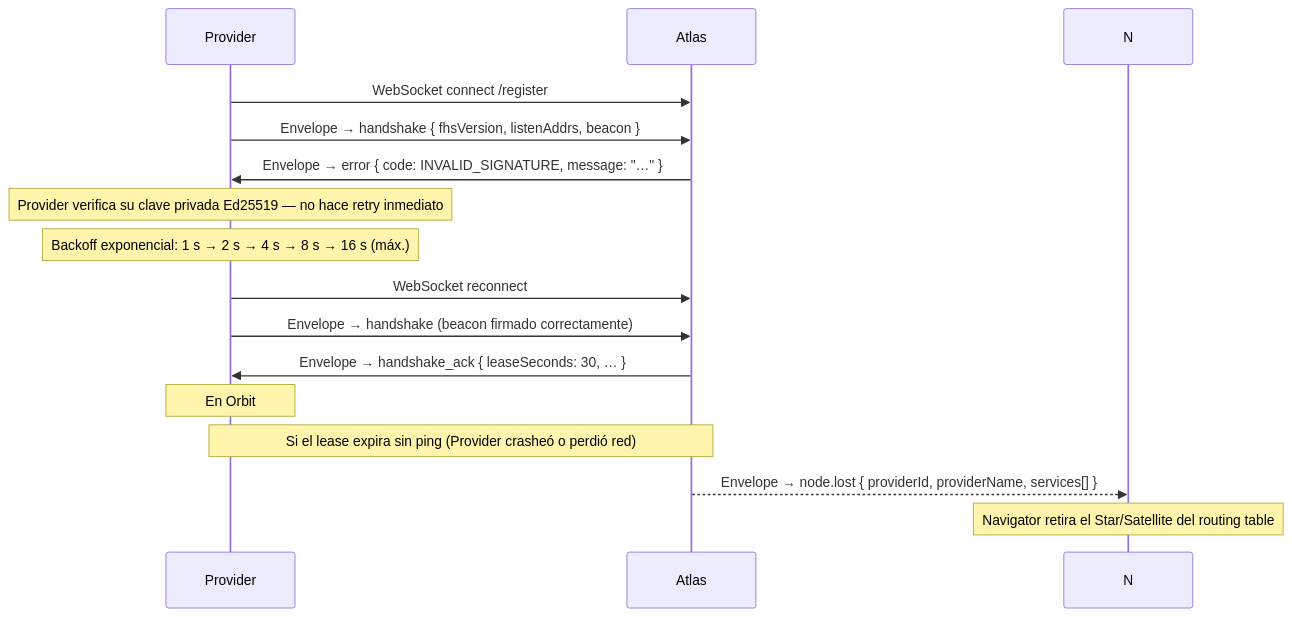
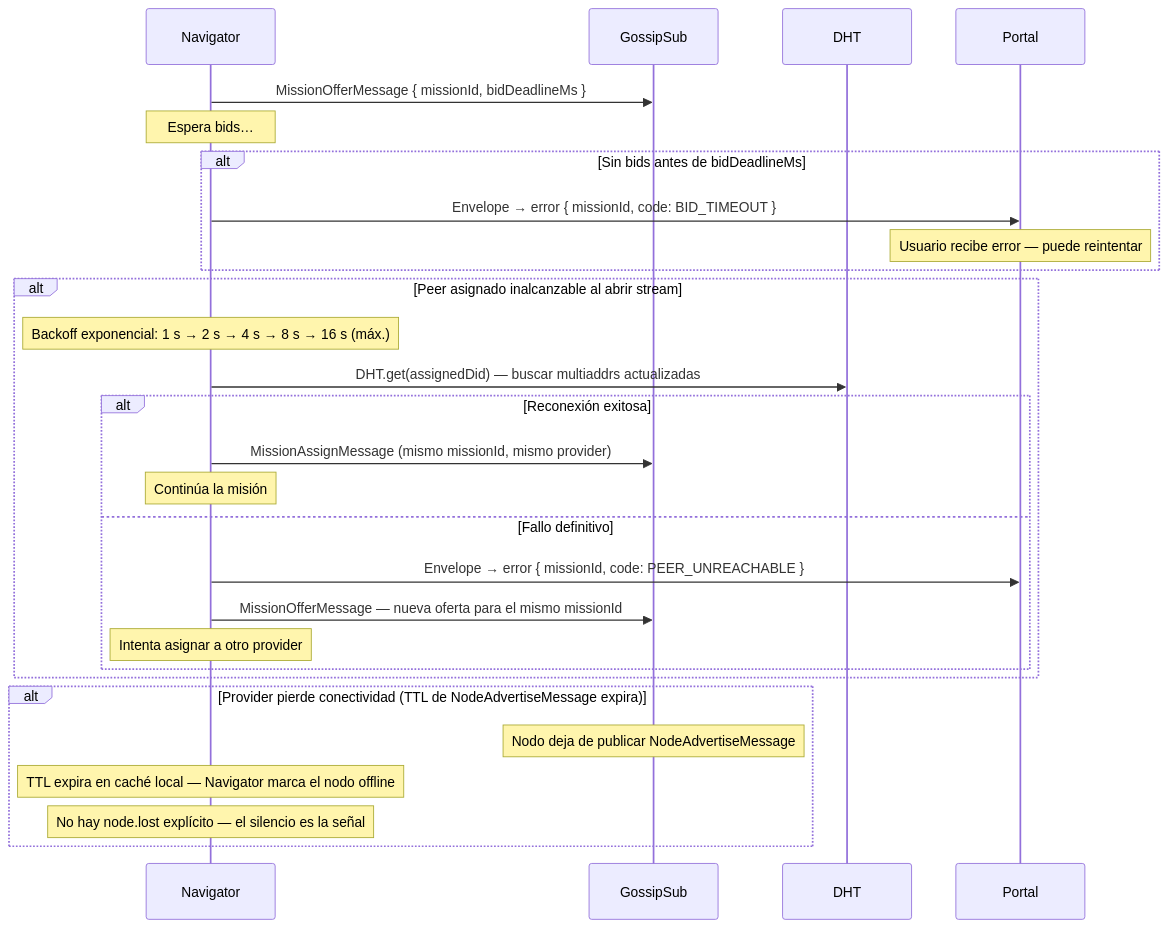
One commit to rafex/galaxIA changed the fifth of 5 diagrams in idl/flows.md. Above: the diagram before and after it, drawn with Mermaid. The commit also changed other lines of this file and 3 other files, not shown here.

````diff
--- a/idl/flows.md
+++ b/idl/flows.md
@@ -114,21 +169,35 @@
 ```mermaid
 sequenceDiagram
-  participant P as Provider
-  participant A as Atlas
+  participant N as Navigator
+  participant G as GossipSub
+  participant D as DHT
+  participant Po as Portal
 
-  P->>A: WebSocket connect /register
-  P->>A: Envelope → handshake { fhsVersion, listenAddrs, beacon }
-  A->>P: Envelope → error { code: INVALID_SIGNATURE, message: "…" }
-  note over P: Provider verifica su clave privada Ed25519 — no hace retry inmediato
+  N->>G: MissionOfferMessage { missionId, bidDeadlineMs }
+  note over N: Espera bids…
 
-  note over P: Backoff exponencial: 1 s → 2 s → 4 s → 8 s → 16 s (máx.)
+  alt Sin bids antes de bidDeadlineMs
+    N->>Po: Envelope → error { missionId, code: BID_TIMEOUT }
+    note over Po: Usuario recibe error — puede reintentar
+  end
 
-  P->>A: WebSocket reconnect
-  P->>A: Envelope → handshake (beacon firmado correctamente)
-  A->>P: Envelope → handshake_ack { leaseSeconds: 30, … }
-  note over P: En Orbit
+  alt Peer asignado inalcanzable al abrir stream
+    note over N: Backoff exponencial: 1 s → 2 s → 4 s → 8 s → 16 s (máx.)
+    N->>D: DHT.get(assignedDid) — buscar multiaddrs actualizadas
 
-  note over P,A: Si el lease expira sin ping (Provider crasheó o perdió red)
-  A-->>N: Envelope → node.lost { providerId, providerName, services[] }
-  note over N: Navigator retira el Star/Satellite del routing table
+    alt Reconexión exitosa
+      N->>G: MissionAssignMessage (mismo missionId, mismo provider)
+      note over N: Continúa la misión
+    else Fallo definitivo
+      N->>Po: Envelope → error { missionId, code: PEER_UNREACHABLE }
+      N->>G: MissionOfferMessage — nueva oferta para el mismo missionId
+      note over N: Intenta asignar a otro provider
+    end
+  end
+
+  alt Provider pierde conectividad (TTL de NodeAdvertiseMessage expira)
+    note over G: Nodo deja de publicar NodeAdvertiseMessage
+    note over N: TTL expira en caché local — Navigator marca el nodo offline
+    note over N: No hay node.lost explícito — el silencio es la señal
+  end
 ```
````
